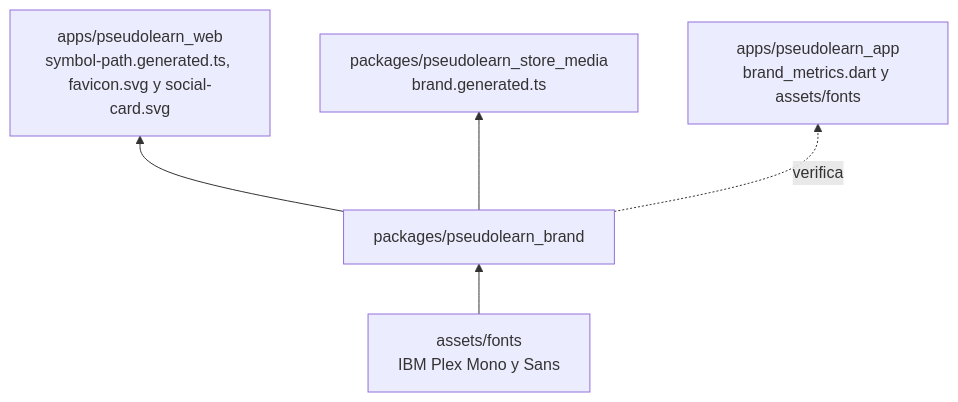
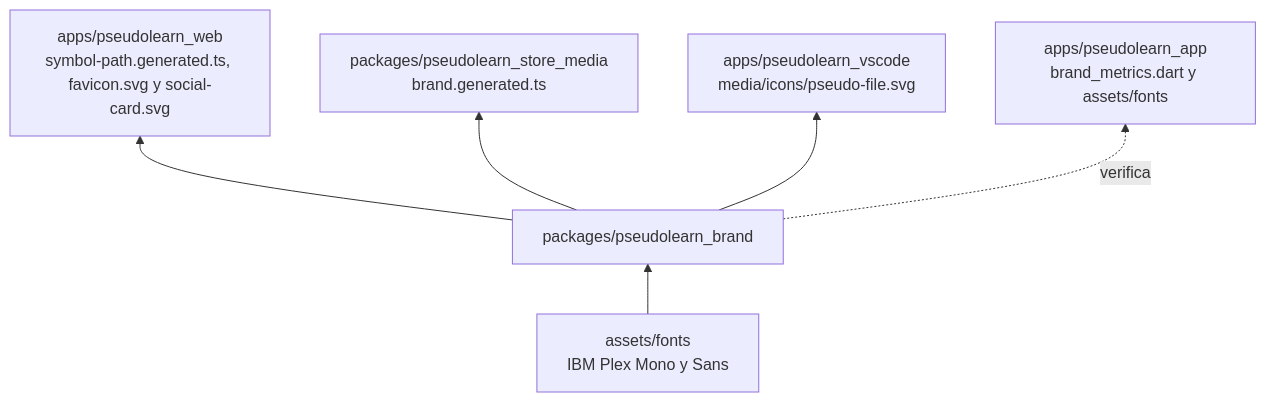
The first of 3 diagrams in packages/pseudolearn_brand/README.md (cgutieco/pseudolearn), drawn with Mermaid before and after one commit. The commit also changed other lines of this file and 38 other files, not shown here.

Commit message:
feat(icons): add SVG icons for file and folder representations

````diff
--- a/packages/pseudolearn_brand/README.md
+++ b/packages/pseudolearn_brand/README.md
@@ -13,7 +13,8 @@
 ```mermaid
 flowchart BT
     fonts["assets/fonts<br/>IBM Plex Mono y Sans"] --> brand["packages/pseudolearn_brand"]
     brand --> web["apps/pseudolearn_web<br/>symbol-path.generated.ts, favicon.svg y social-card.svg"]
     brand --> media["packages/pseudolearn_store_media<br/>brand.generated.ts"]
+    brand --> vscode["apps/pseudolearn_vscode<br/>media/icons/pseudo-file.svg"]
     brand -. verifica .-> app["apps/pseudolearn_app<br/>brand_metrics.dart y assets/fonts"]
 ```
````
